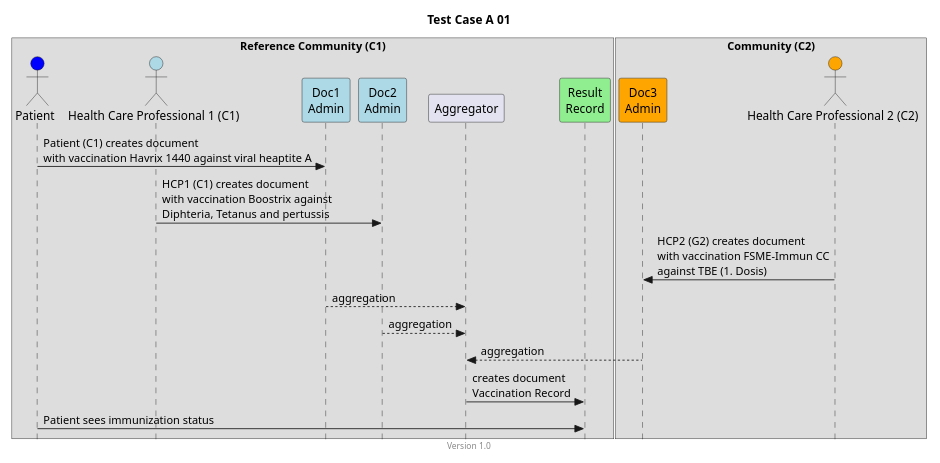
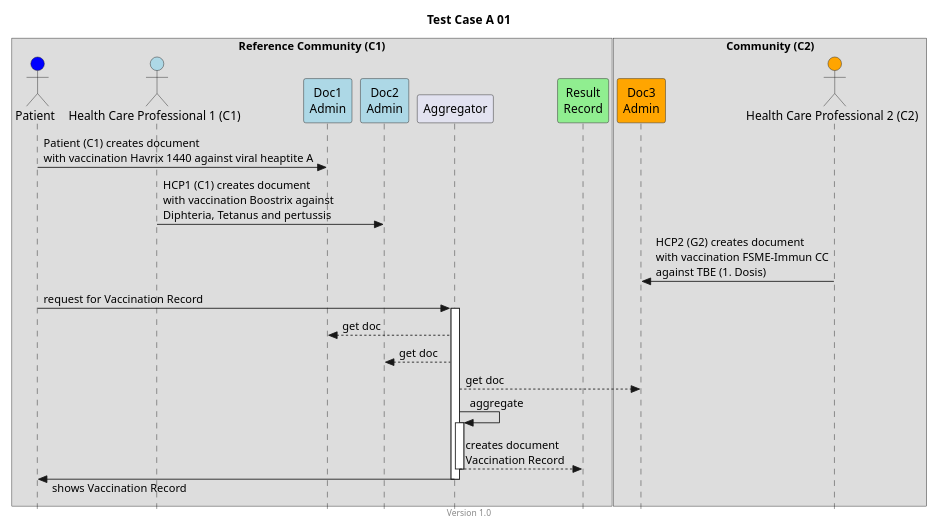
One commit to hl7ch/ch-vacd changed the diagram in input/images-source/TCA01.plantuml. Above: the diagram before and after it, drawn with PlantUML. The commit also changed 11 other files, not shown here.

Commit message:
#194 precise and fix the sequence diagrams. remove pseudonomise and change GFPP/PIS for patient to Portal

```diff
--- a/input/images-source/TCA01.plantuml
+++ b/input/images-source/TCA01.plantuml
@@ -1,36 +1,43 @@
 @startuml
 title Test Case A 01
 footer Version 1.0
 skinparam responseMessageBelowArrow true
 skinparam style strictuml
 scale max 800 width
 
 
 box "Reference Community (C1)"
 actor "Patient" as PAT #blue
 actor "Health Care Professional 1 (C1)" as HCP1_C1 #lightblue
 participant "Doc1\nAdmin" as Doc1 #lightblue
 participant "Doc2\nAdmin" as Doc2 #lightblue
 participant Aggregator as AGG
 participant "Result\nRecord" as RES #lightgreen
 end box
 
 box "Community (C2)"
 participant "Doc3\nAdmin" as Doc3 #orange
 actor "Health Care Professional 2 (C2)" as HCP2_C2 #orange
 end box
 
 PAT -> Doc1: Patient (C1) creates document\nwith vaccination Havrix 1440 against viral heaptite A
 
 HCP1_C1 -> Doc2: HCP1 (C1) creates document\nwith vaccination Boostrix against\nDiphteria, Tetanus and pertussis
 
 HCP2_C2 -> Doc3: HCP2 (G2) creates document\nwith vaccination FSME-Immun CC\nagainst TBE (1. Dosis)
 
-Doc1 --> AGG: aggregation
-Doc2 --> AGG: aggregation
-Doc3 --> AGG: aggregation
-AGG -> RES: creates document\nVaccination Record 
-PAT -> RES: Patient sees immunization status
+PAT -> AGG: request for Vaccination Record
+activate AGG
+AGG --> Doc1: get doc
+AGG --> Doc2: get doc
+AGG --> Doc3: get doc
+
+AGG -> AGG: aggregate
+activate AGG
+AGG --> RES: creates document\nVaccination Record 
+deactivate AGG
+PAT <- AGG: shows Vaccination Record
+deactivate AGG
 
 
 @enduml
```
